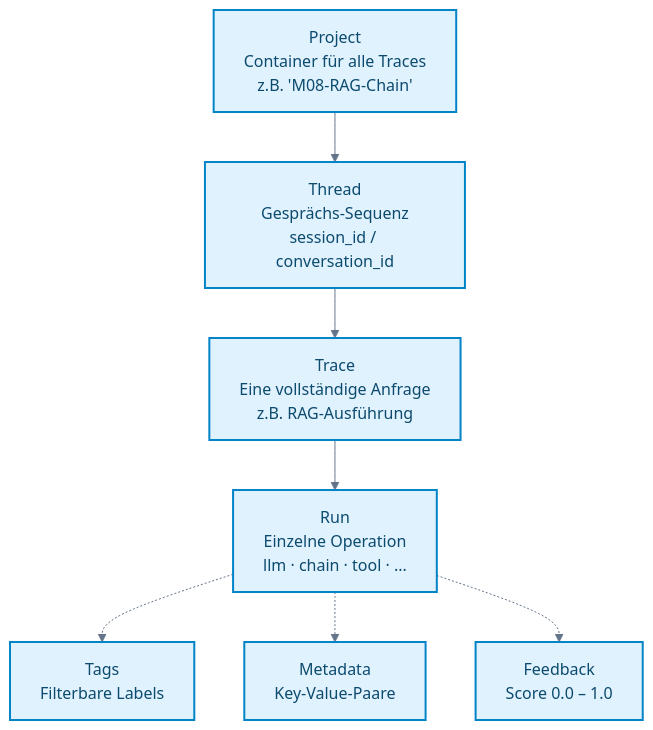
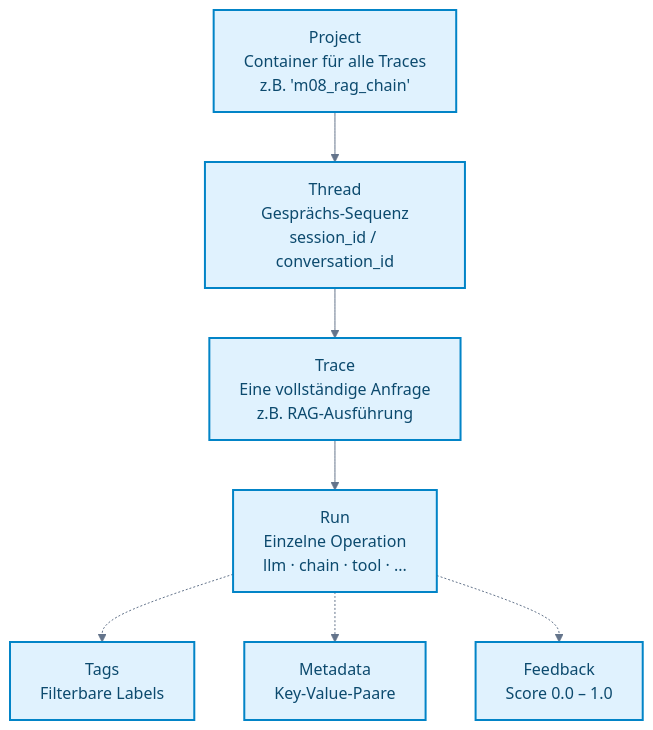
Before and after one commit to ralf-42/GenAI: the second of 5 diagrams in docs/06-frameworks/einsteiger-langsmith.md, drawn with Mermaid. The commit also changed other lines of this file and 45 other files, not shown here.

````diff
--- a/docs/06-frameworks/einsteiger-langsmith.md
+++ b/docs/06-frameworks/einsteiger-langsmith.md
@@ -176,37 +176,37 @@
 ```mermaid
 ---
 config:
   theme: base
   look: classic
   themeVariables:
     primaryColor: '#e0f2fe'
     primaryBorderColor: '#0284c7'
     primaryTextColor: '#1e293b'
     lineColor: '#64748b'
     clusterBkg: '#f8fafc'
     clusterBorder: '#cbd5e1'
     noteBkgColor: '#fef3c7'
     noteBorderColor: '#d97706'
     noteTextColor: '#78350f'
     edgeLabelBackground: '#ffffff'
 ---
 
 flowchart TB
-    PROJECT["Project<br>Container für alle Traces<br>z.B. 'M08-RAG-Chain'"]
+    PROJECT["Project<br>Container für alle Traces<br>z.B. 'm08_rag_chain'"]
     THREAD["Thread<br>Gesprächs-Sequenz<br>session_id / conversation_id"]
     TRACE["Trace<br>Eine vollständige Anfrage<br>z.B. RAG-Ausführung"]
     RUN["Run<br>Einzelne Operation<br>llm · chain · tool · ..."]
     TAGS["Tags<br>Filterbare Labels"]
     META["Metadata<br>Key-Value-Paare"]
     FEEDBACK["Feedback<br>Score 0.0 – 1.0"]
 
     PROJECT --> THREAD
     THREAD --> TRACE
     TRACE --> RUN
     RUN -.-> TAGS
     RUN -.-> META
     RUN -.-> FEEDBACK
 
 %% Funktionsfarben nach Mermaid_Best_Practices.md
 classDef default fill:#e0f2fe,stroke:#0284c7,stroke-width:2px,color:#0c4a6e;
 ```
````
